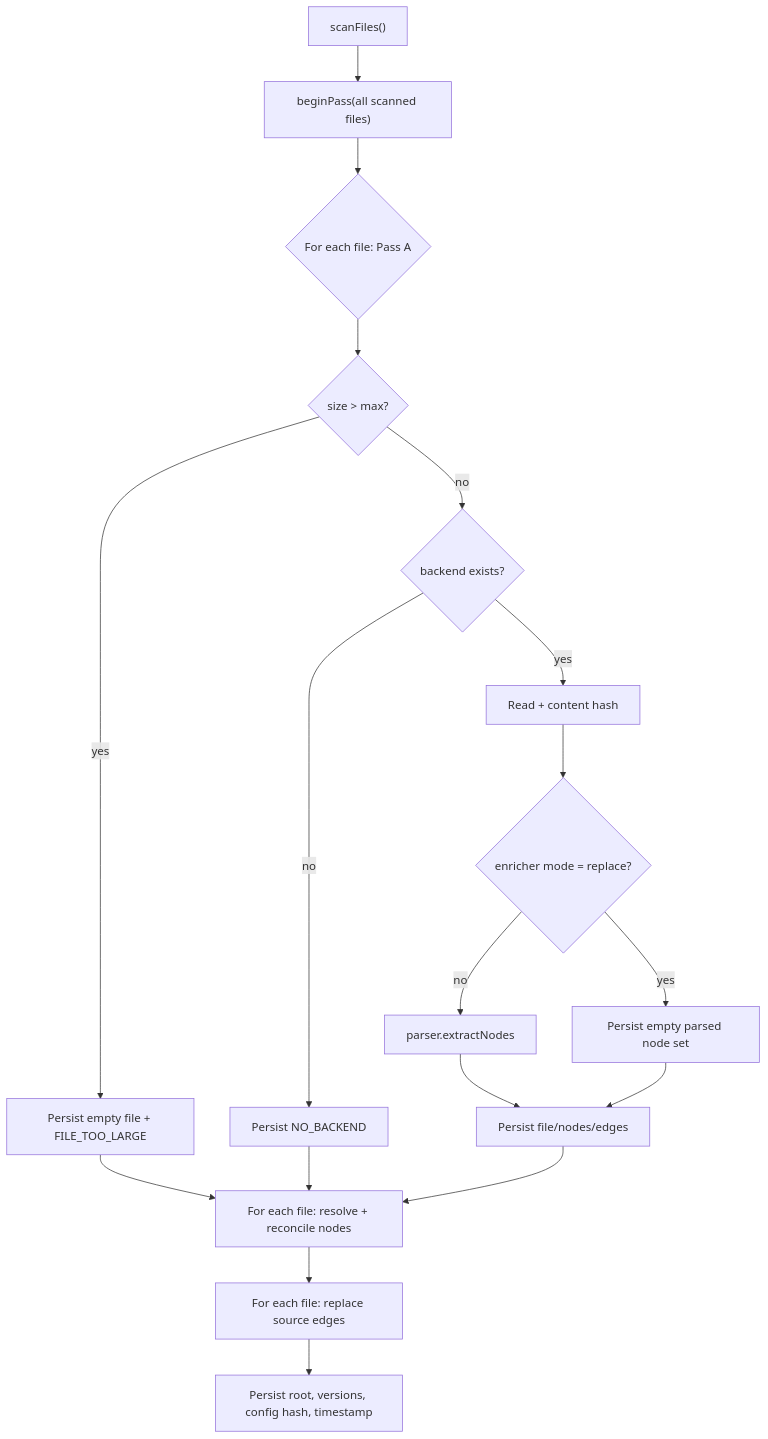
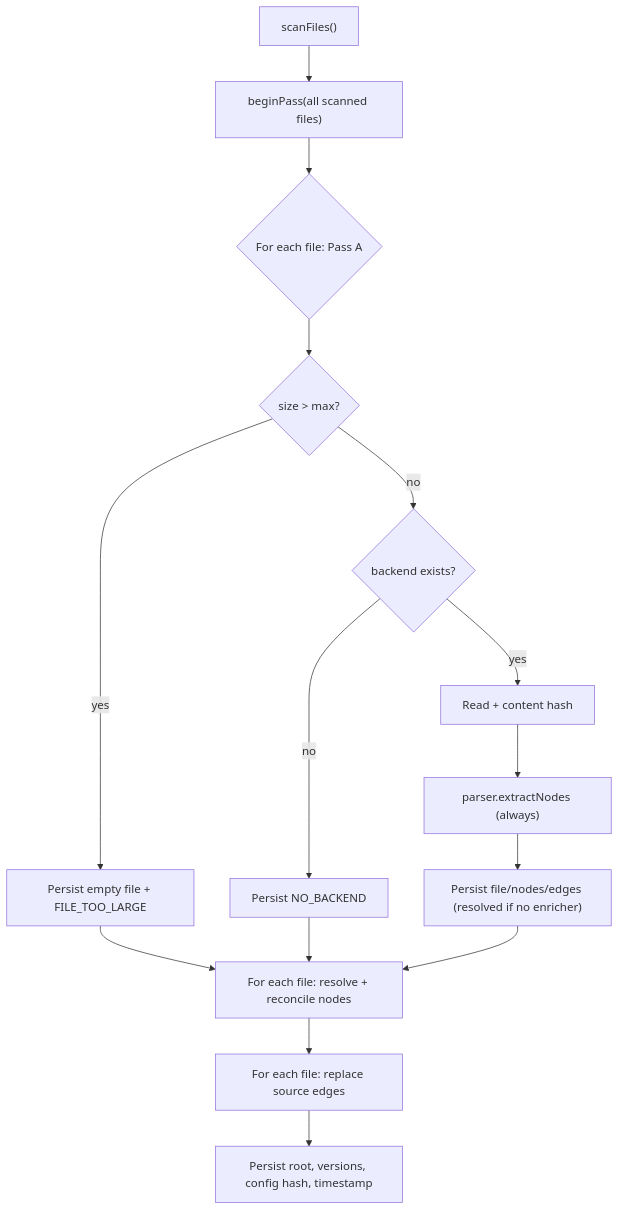
Before and after one commit to Chofito/astrograph: the first of 2 diagrams in docs/architecture/indexing-pipeline.md, drawn with Mermaid. The commit also changed other lines of this file and 16 other files, not shown here.

````diff
--- a/docs/architecture/indexing-pipeline.md
+++ b/docs/architecture/indexing-pipeline.md
@@ -15,20 +15,17 @@
 ```mermaid
 flowchart TD
     Scan["scanFiles()"] --> Begin["beginPass(all scanned files)"]
     Begin --> A{"For each file: Pass A"}
     A --> Size{"size > max?"}
     Size -- yes --> Large["Persist empty file + FILE_TOO_LARGE"]
     Size -- no --> Backend{"backend exists?"}
     Backend -- no --> Missing["Persist NO_BACKEND"]
     Backend -- yes --> Hash["Read + content hash"]
-    Hash --> Mode{"enricher mode = replace?"}
-    Mode -- yes --> Empty["Persist empty parsed node set"]
-    Mode -- no --> Parse["parser.extractNodes"]
-    Parse --> PersistA["Persist file/nodes/edges"]
-    Empty --> PersistA
+    Hash --> Parse["parser.extractNodes (always)"]
+    Parse --> PersistA["Persist file/nodes/edges (resolved if no enricher)"]
     Large --> Reconcile
     Missing --> Reconcile
     PersistA --> Reconcile["For each file: resolve + reconcile nodes"]
     Reconcile --> Edges["For each file: replace source edges"]
     Edges --> Meta["Persist root, versions, config hash, timestamp"]
 ```
````
